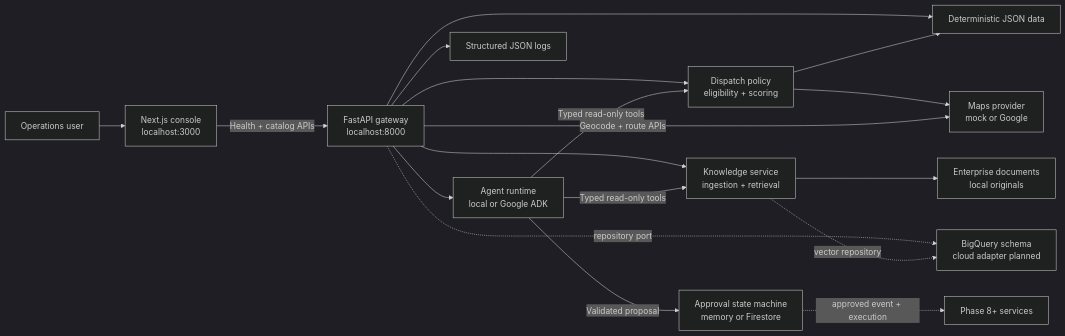
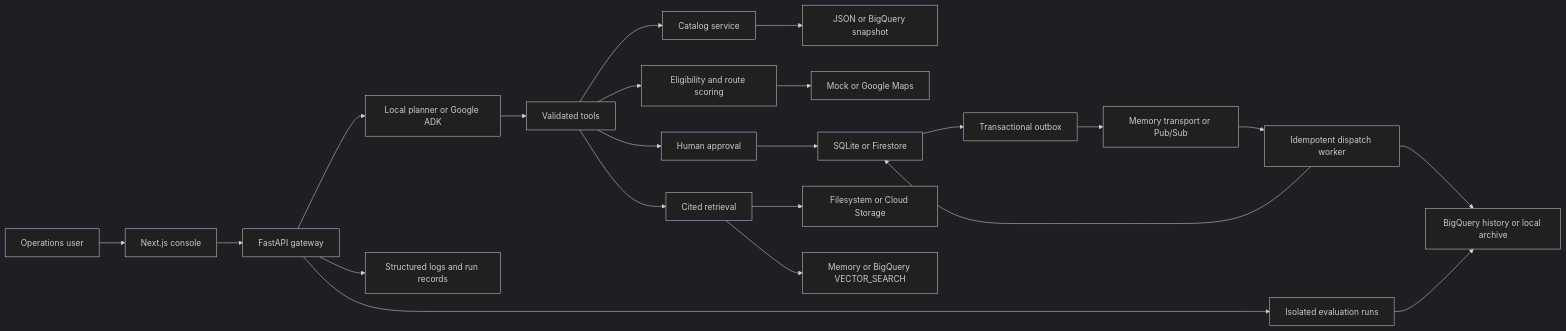
Before and after one commit to cr7yash/geoops-ai: the diagram in README.md, drawn with Mermaid (dark theme). The commit also changed other lines of this file and 78 other files, not shown here.

````diff
--- a/README.md
+++ b/README.md
@@ -39,36 +45,24 @@
 ```mermaid
 flowchart LR
-    USER[Operations user]
-    WEB[Next.js console<br/>localhost:3000]
-    API[FastAPI gateway<br/>localhost:8000]
-    DISPATCH[Dispatch policy<br/>eligibility + scoring]
-    MAPS[Maps provider<br/>mock or Google]
-    KNOWLEDGE[Knowledge service<br/>ingestion + retrieval]
-    AGENT[Agent runtime<br/>local or Google ADK]
-    APPROVALS[Approval state machine<br/>memory or Firestore]
-    DOCS[Enterprise documents<br/>local originals]
-    LOCAL[Deterministic JSON data]
-    LOGS[Structured JSON logs]
-    BQ[BigQuery schema<br/>cloud adapter planned]
-
-    USER --> WEB
-    WEB -->|Health + catalog APIs| API
-    API --> LOCAL
-    API --> DISPATCH
-    DISPATCH --> LOCAL
-    DISPATCH --> MAPS
-    API -->|Geocode + route APIs| MAPS
-    API --> KNOWLEDGE
-    API --> AGENT
-    AGENT -->|Typed read-only tools| DISPATCH
-    AGENT -->|Typed read-only tools| KNOWLEDGE
-    AGENT -->|Validated proposal| APPROVALS
-    KNOWLEDGE --> DOCS
-    API --> LOGS
-    API -. repository port .-> BQ
-
-    KNOWLEDGE -. vector repository .-> BQ
-
-    FUTURE[Phase 8+ services]
-    APPROVALS -. approved event + execution .-> FUTURE
+    User[Operations user] --> Web[Next.js console]
+    Web --> API[FastAPI gateway]
+    API --> Agent[Local planner or Google ADK]
+    Agent --> Tools[Validated tools]
+    Tools --> Catalog[Catalog service]
+    Tools --> Dispatch[Eligibility and route scoring]
+    Tools --> Knowledge[Cited retrieval]
+    Tools --> Approval[Human approval]
+    Catalog --> Data[JSON or BigQuery snapshot]
+    Dispatch --> Maps[Mock or Google Maps]
+    Approval --> State[SQLite or Firestore]
+    State --> Outbox[Transactional outbox]
+    Outbox --> Bus[Memory transport or Pub/Sub]
+    Bus --> Worker[Idempotent dispatch worker]
+    Worker --> State
+    Knowledge --> Docs[Filesystem or Cloud Storage]
+    Knowledge --> Vectors[Memory or BigQuery VECTOR_SEARCH]
+    API --> Eval[Isolated evaluation runs]
+    API --> Logs[Structured logs and run records]
+    Worker --> Archive[BigQuery history or local archive]
+    Eval --> Archive
 ```
````
